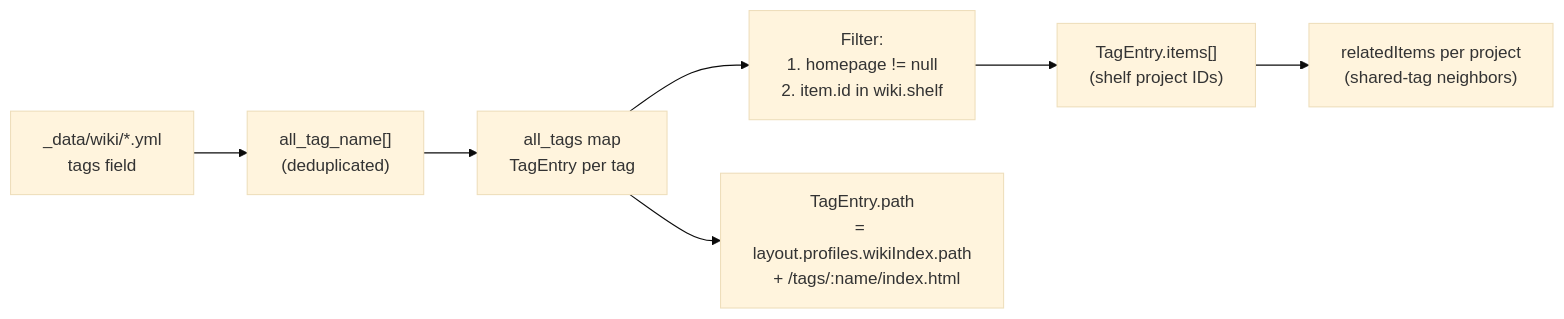
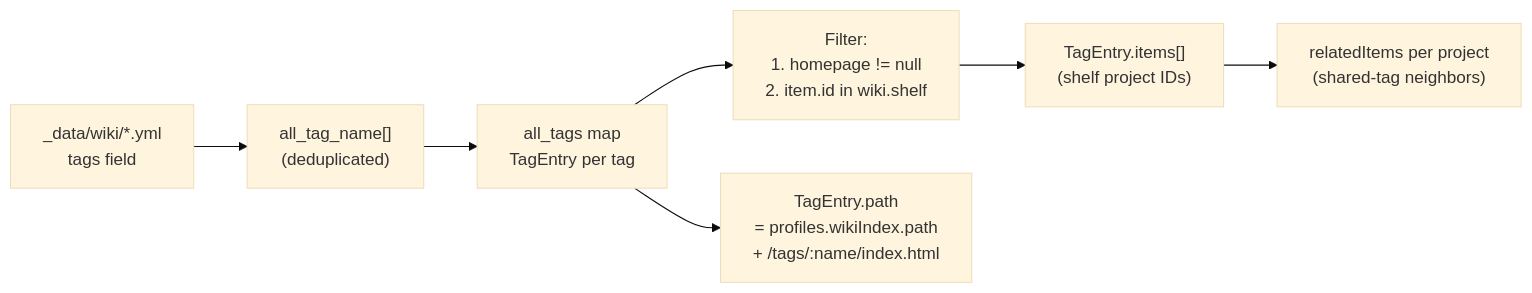
One commit to xaoxuu/hexo-theme-stellar changed the fifth of 6 diagrams in docs/knowledge/03-内容系统/wiki-docs.md. Above: the diagram before and after it, drawn with Mermaid (base theme). The commit also changed other lines of this file and 42 other files, not shown here.

````diff
--- a/docs/knowledge/03-内容系统/wiki-docs.md
+++ b/docs/knowledge/03-内容系统/wiki-docs.md
@@ -386,9 +386,9 @@
 ```mermaid
 graph LR
     A["_data/wiki/*.yml\ntags field"] --> B["all_tag_name[]\n(deduplicated)"]
     B --> C["all_tags map\nTagEntry per tag"]
     C --> D["Filter:\n1. homepage != null\n2. item.id in wiki.shelf"]
     D --> E["TagEntry.items[]\n(shelf project IDs)"]
     E --> F["relatedItems per project\n(shared-tag neighbors)"]
-    C --> G["TagEntry.path\n= layout.profiles.wikiIndex.path\n  + /tags/:name/index.html"]
+    C --> G["TagEntry.path\n= profiles.wikiIndex.path\n  + /tags/:name/index.html"]
 ```
````
